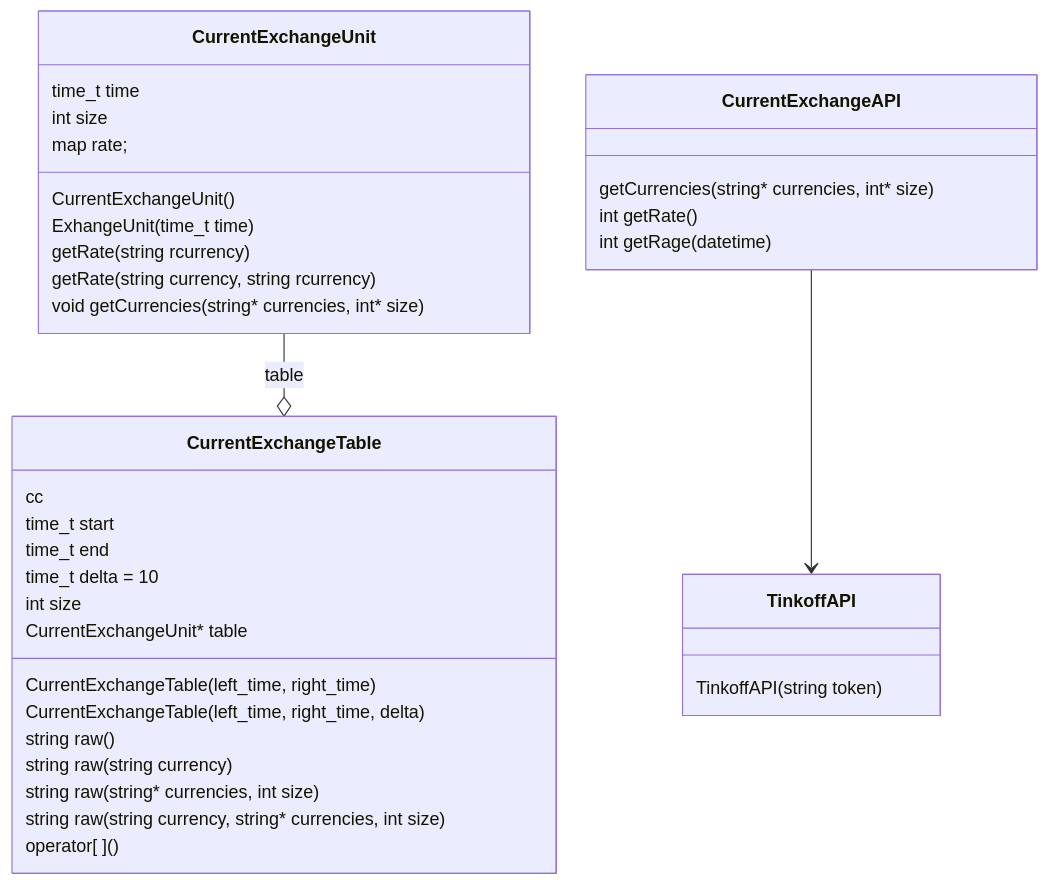
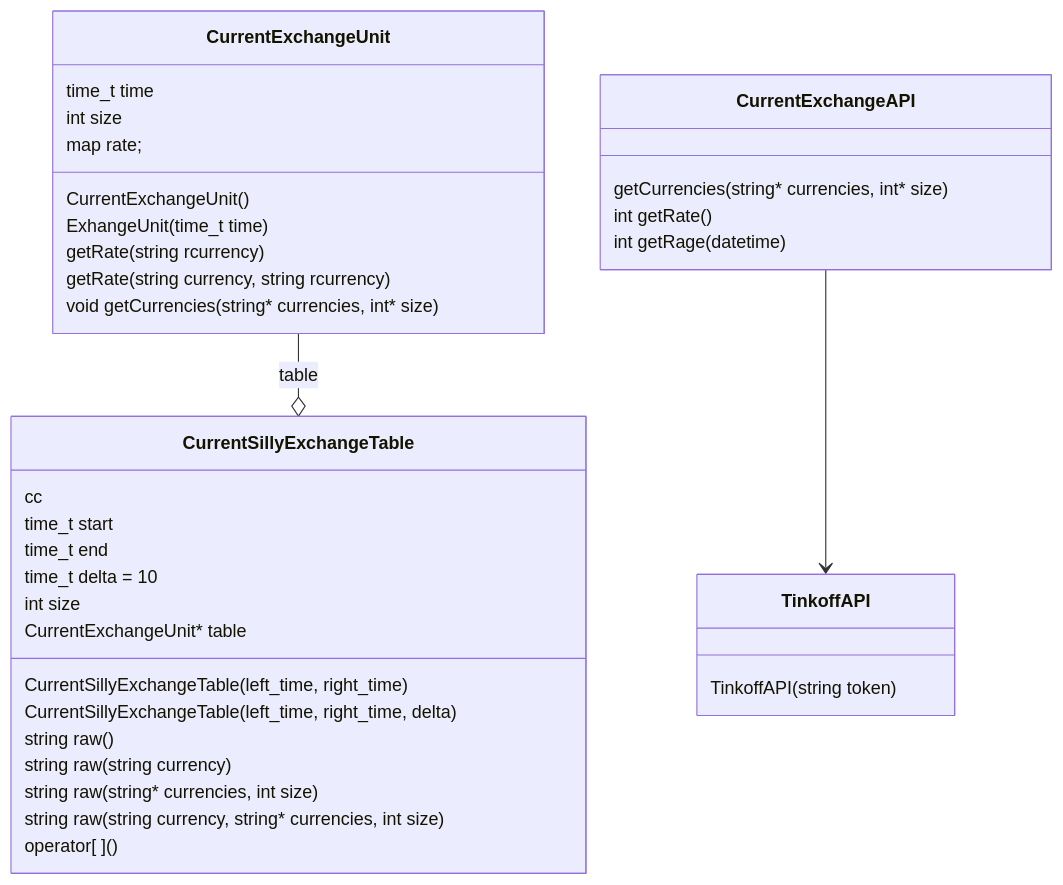
The diagram in README.md (valyankilyan/Exchange-rate), drawn with Mermaid before and after one commit. The commit also changed 2 other files, not shown here.

Commit message:
small refactoring CEU

````diff
--- a/README.md
+++ b/README.md
@@ -40,50 +40,50 @@
 ``` mermaid
     classDiagram
     class  CurrentExchangeUnit {
         CurrentExchangeUnit()
         ExhangeUnit(time_t time)
 
         getRate(string rcurrency)
         getRate(string currency, string rcurrency)
 
         void getCurrencies(string* currencies, int* size)
 
         time_t time
         int size
         map <string, int> rate;
     }
 
-    class CurrentExchangeTable {
-        CurrentExchangeTable(left_time, right_time)
-        CurrentExchangeTable(left_time, right_time, delta)
+    class CurrentSillyExchangeTable {
+        CurrentSillyExchangeTable(left_time, right_time)
+        CurrentSillyExchangeTable(left_time, right_time, delta)
 
         string raw()
         string raw(string currency)
         string raw(string* currencies, int size)
         string raw(string currency, string* currencies, int size)
         cc
 
         operator[ ]()
 
         time_t start
         time_t end
         time_t delta = 10
         int size
         CurrentExchangeUnit* table
     }
 
     class CurrentExchangeAPI {
         getCurrencies(string* currencies, int* size)
         int getRate()
         int getRage(datetime)
     }
 
     class TinkoffAPI {
         TinkoffAPI(string token)
     }
 
     CurrentExchangeAPI --> TinkoffAPI
     
 
-    CurrentExchangeUnit --o CurrentExchangeTable : table
+    CurrentExchangeUnit --o CurrentSillyExchangeTable : table
 ```
````
